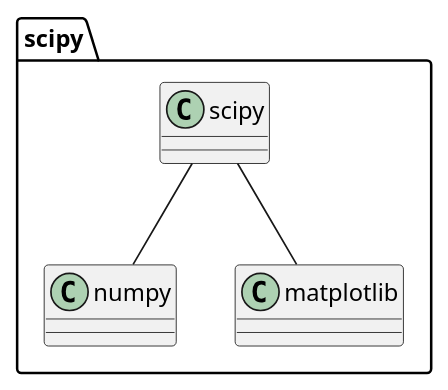
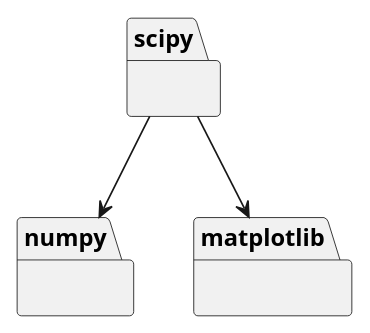
One commit to ksss70/graph_visualizer changed the diagram in dependency_graph.puml. Above: the diagram before and after it, drawn with PlantUML. The commit also changed 3 other files, not shown here.

```diff
--- a/dependency_graph.puml
+++ b/dependency_graph.puml
@@ -1,6 +1,7 @@
 @startuml
-package "scipy" {
-    "scipy" -- "numpy"
-    "scipy" -- "matplotlib"
-}
+  package "numpy" {}
+  package "matplotlib" {}
+  package "scipy" {}
+  scipy --> numpy
+  scipy --> matplotlib
 @enduml
```
